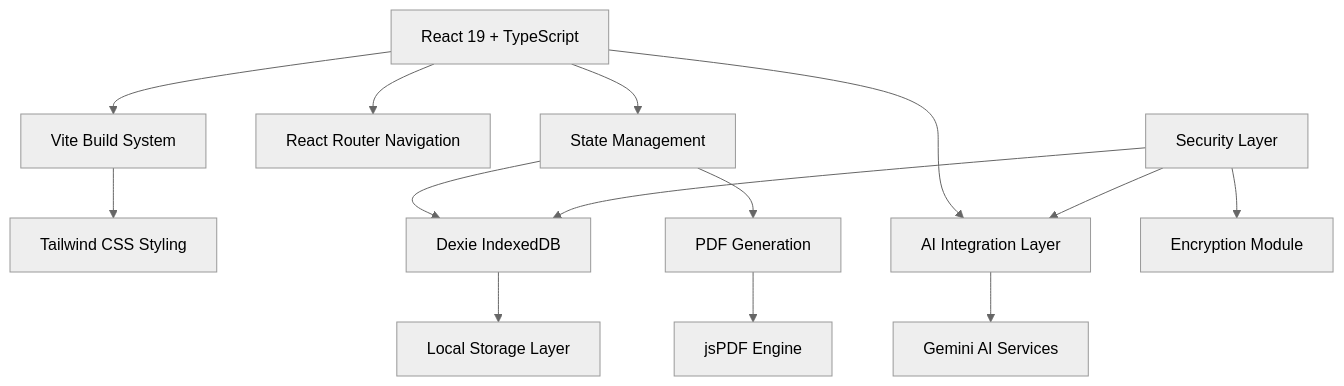
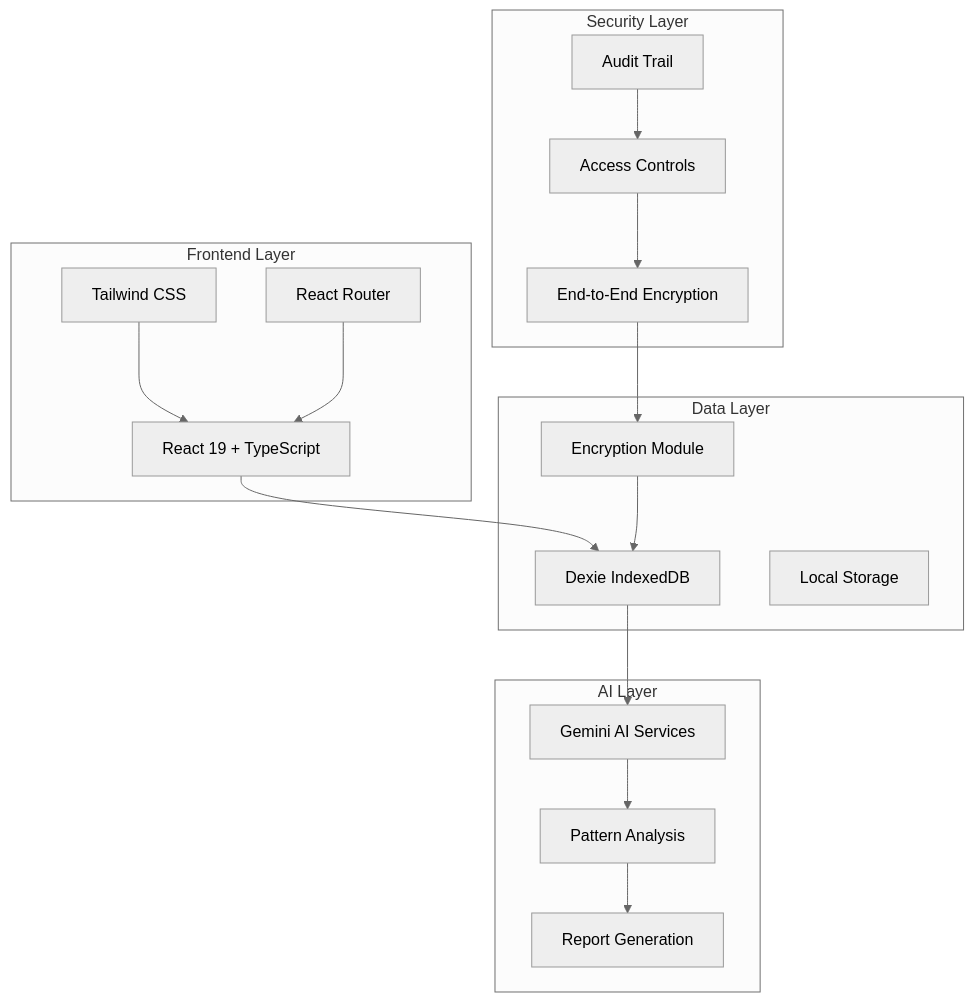
The fourth of 9 diagrams in README.md (Iceman-Dann/Medly), drawn with Mermaid (neutral theme) before and after one commit. The commit also changed other lines of this file, not shown here.

Commit message:
Create data-driven README with charts, graphs, and undeniable proof

````diff
--- a/README.md
+++ b/README.md
@@ -52,20 +85,37 @@
 ```mermaid
 graph TB
-    A[React 19 + TypeScript] --> B[Vite Build System]
-    B --> C[Tailwind CSS Styling]
-    A --> D[React Router Navigation]
-    A --> E[State Management]
+    subgraph "Frontend Layer"
+        A[React 19 + TypeScript]
+        B[Tailwind CSS]
+        C[React Router]
+    end
     
-    E --> F[Dexie IndexedDB]
-    F --> G[Local Storage Layer]
+    subgraph "Data Layer"
+        D[Dexie IndexedDB]
+        E[Local Storage]
+        F[Encryption Module]
+    end
     
-    A --> H[AI Integration Layer]
-    H --> I[Gemini AI Services]
+    subgraph "AI Layer"
+        G[Gemini AI Services]
+        H[Pattern Analysis]
+        I[Report Generation]
+    end
     
-    E --> J[PDF Generation]
-    J --> K[jsPDF Engine]
+    subgraph "Security Layer"
+        J[End-to-End Encryption]
+        K[Access Controls]
+        L[Audit Trail]
+    end
     
-    L[Security Layer] --> F
-    L --> H
-    L --> M[Encryption Module]
+    A --> D
+    B --> A
+    C --> A
+    D --> G
+    G --> H
+    H --> I
+    F --> D
+    J --> F
+    K --> J
+    L --> K
 ```
````
